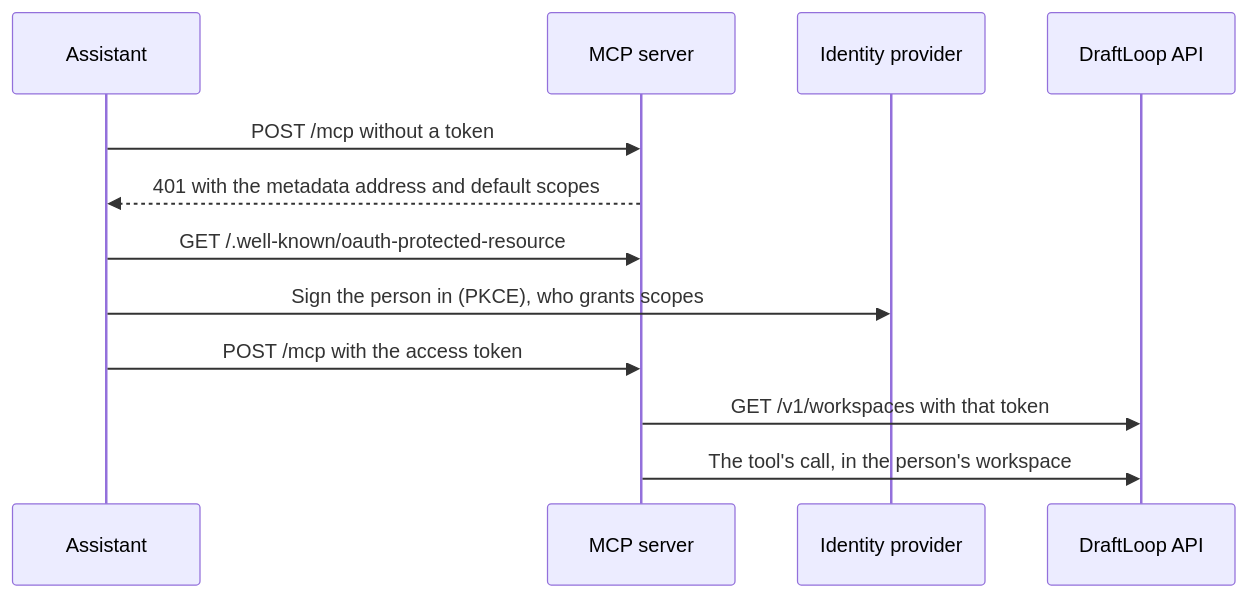
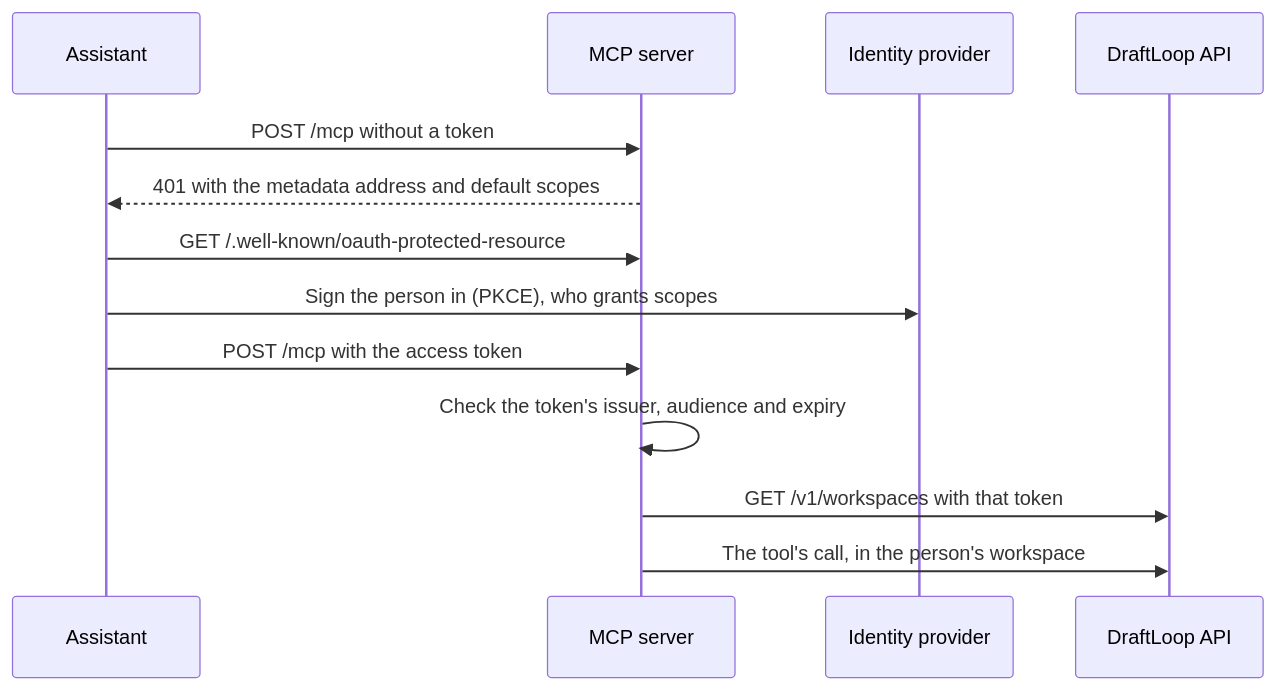
Before and after one commit to akoita/draft-loop: the diagram in docs/reference/agent-channel.md, drawn with Mermaid. The commit also changed other lines of this file and 7 other files, not shown here.

First line of the commit message:
Remote MCP: check the token was issued for this server before forwarding it (#3221)

````diff
--- a/docs/reference/agent-channel.md
+++ b/docs/reference/agent-channel.md
@@ -437,14 +437,15 @@
 ```mermaid
 sequenceDiagram
   participant A as Assistant
   participant M as MCP server
   participant I as Identity provider
   participant D as DraftLoop API
   A->>M: POST /mcp without a token
   M-->>A: 401 with the metadata address and default scopes
   A->>M: GET /.well-known/oauth-protected-resource
   A->>I: Sign the person in (PKCE), who grants scopes
   A->>M: POST /mcp with the access token
+  M->>M: Check the token's issuer, audience and expiry
   M->>D: GET /v1/workspaces with that token
   M->>D: The tool's call, in the person's workspace
 ```
````
